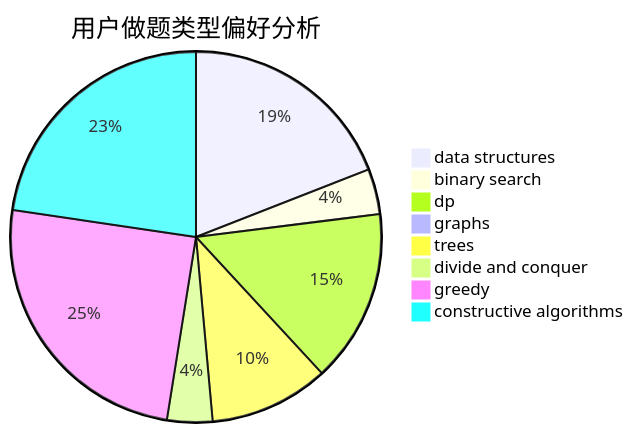
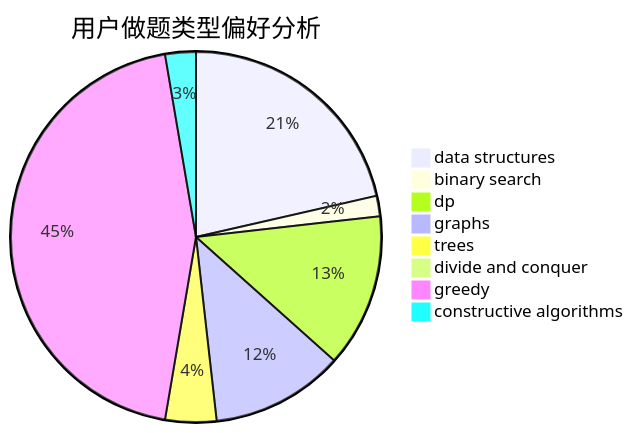
The second of 3 diagrams in docs/user/u2593.md (sherpahu/cfrs.github.io), drawn with Mermaid before and after one commit. The commit also changed other lines of this file and 2770 other files, not shown here.

````diff
--- a/docs/user/u2593.md
+++ b/docs/user/u2593.md
@@ -23,11 +23,11 @@
 ```mermaid
 pie title 用户做题类型偏好分析
-    "data structures" :  53
-    "binary search" :  11
-    "dp" :  42
-    "graphs" :  0
-    "trees" :  29
-    "divide and conquer" :  11
-    "greedy" :  69
-    "constructive algorithms" :  63
+    "data structures" :  24
+    "binary search" :  2
+    "dp" :  15
+    "graphs" :  13
+    "trees" :  5
+    "divide and conquer" :  0
+    "greedy" :  50
+    "constructive algorithms" :  3
 ```
````
